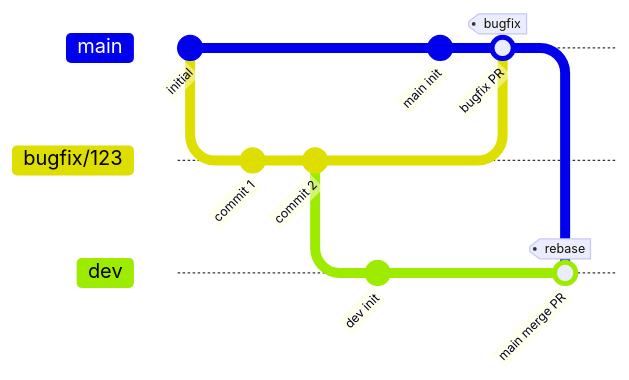
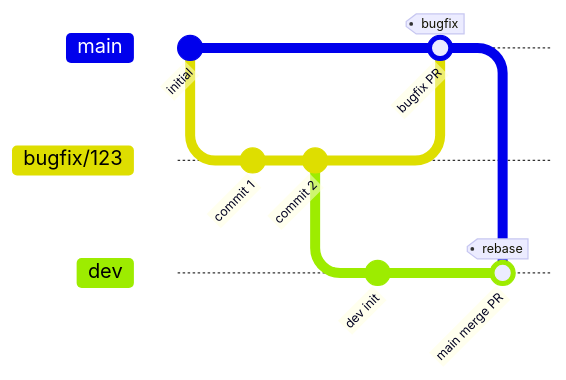
The second of 2 diagrams in part1/hello/src/koe.md (gaphill/fullstackopen), drawn with Mermaid before and after one commit.

````diff
--- a/part1/hello/src/koe.md
+++ b/part1/hello/src/koe.md
@@ -87,19 +87,18 @@
 ```mermaid
 gitGraph
    commit id: "initial"
    branch bugfix/123
    commit id: "commit 1"
    commit id: "commit 2"
    
    branch dev
    checkout dev
    commit id: "dev init"
 
    checkout main
-   commit id: "main init"
    merge bugfix/123 id: "bugfix PR" tag: "bugfix"
 
    checkout dev
    merge main id: "main merge PR" tag: "rebase"
 
 ```
````
